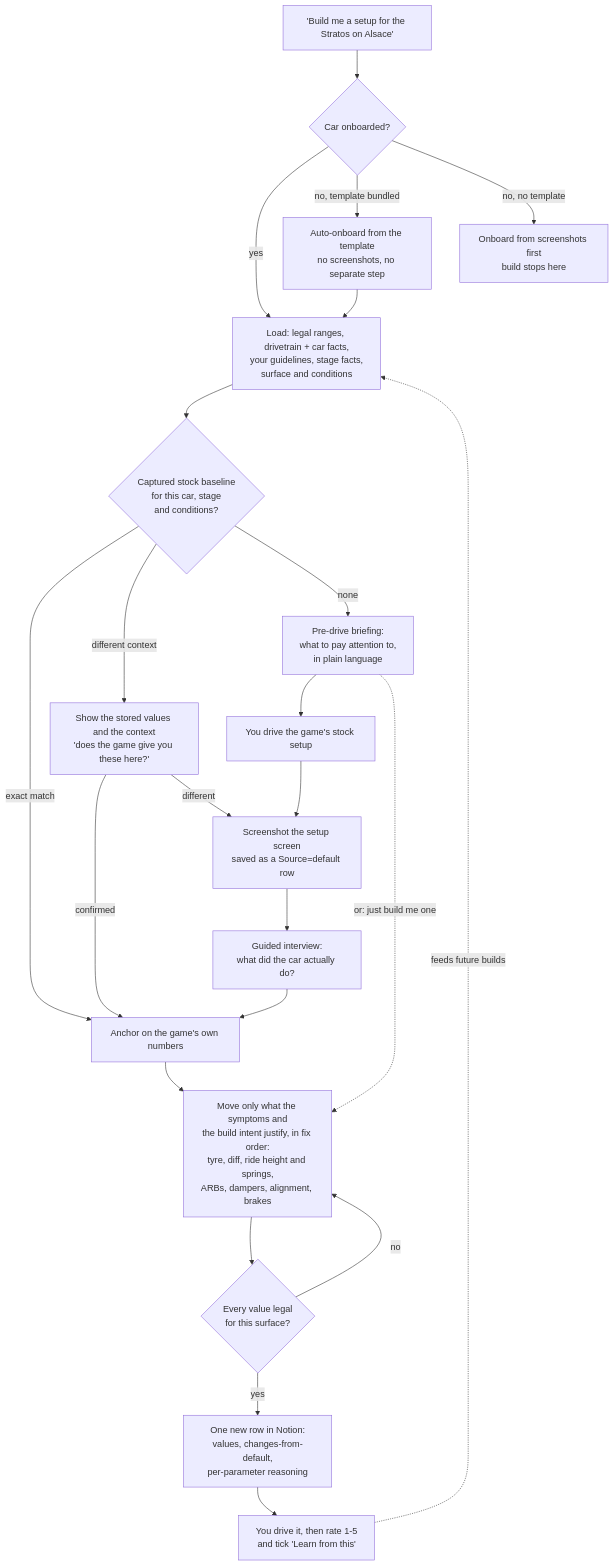
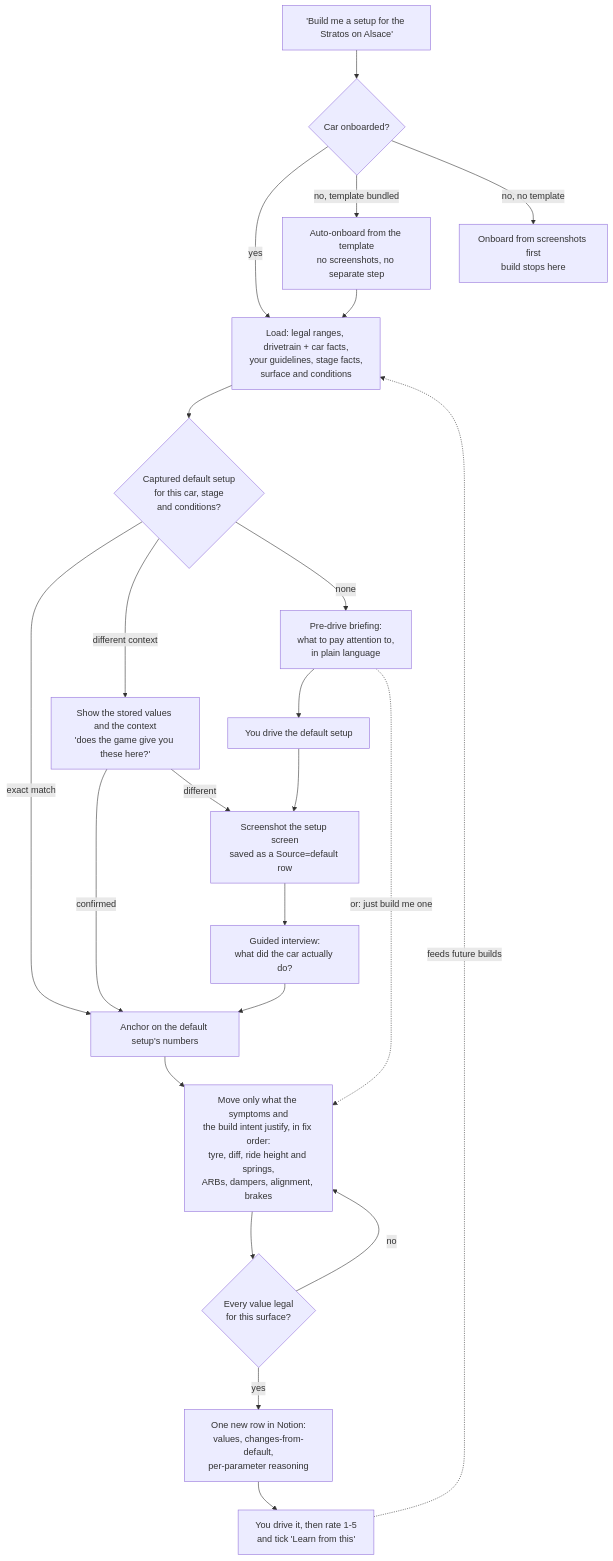
One commit to fredmayor88/acr-setup-engineer changed the second of 6 diagrams in README.md. Above: the diagram before and after it, drawn with Mermaid. The commit also changed other lines of this file and 1 other file, not shown here.

````diff
--- a/README.md
+++ b/README.md
@@ -308,33 +318,33 @@
 ```mermaid
 flowchart TD
     Start["'Build me a setup for the Stratos on Alsace'"] --> Onb{"Car onboarded?"}
 
     Onb -->|"yes"| Ctx
     Onb -->|"no, template bundled"| Auto["Auto-onboard from the template<br/>no screenshots, no separate step"]
     Onb -->|"no, no template"| Stop["Onboard from screenshots first<br/>build stops here"]
     Auto --> Ctx
 
-    Ctx["Load: legal ranges, drivetrain + car facts,<br/>your guidelines, stage facts,<br/>surface and conditions"] --> Base{"Captured stock baseline<br/>for this car, stage<br/>and conditions?"}
+    Ctx["Load: legal ranges, drivetrain + car facts,<br/>your guidelines, stage facts,<br/>surface and conditions"] --> Base{"Captured default setup<br/>for this car, stage<br/>and conditions?"}
 
     Base -->|"exact match"| Anchor
     Base -->|"different context"| Ask["Show the stored values and the context<br/>'does the game give you these here?'"]
     Base -->|"none"| Brief["Pre-drive briefing:<br/>what to pay attention to,<br/>in plain language"]
 
     Ask -->|"confirmed"| Anchor
     Ask -->|"different"| Capture
 
-    Brief --> Drive["You drive the game's stock setup"]
+    Brief --> Drive["You drive the default setup"]
     Drive --> Capture["Screenshot the setup screen<br/>saved as a Source=default row"]
     Capture --> Interview["Guided interview:<br/>what did the car actually do?"]
     Interview --> Anchor
 
     Brief -.->|"or: just build me one"| Choose
 
-    Anchor["Anchor on the game's own numbers"] --> Choose["Move only what the symptoms and<br/>the build intent justify, in fix order:<br/>tyre, diff, ride height and springs,<br/>ARBs, dampers, alignment, brakes"]
+    Anchor["Anchor on the default setup's numbers"] --> Choose["Move only what the symptoms and<br/>the build intent justify, in fix order:<br/>tyre, diff, ride height and springs,<br/>ARBs, dampers, alignment, brakes"]
 
     Choose --> Valid{"Every value legal<br/>for this surface?"}
     Valid -->|"no"| Choose
     Valid -->|"yes"| Write["One new row in Notion:<br/>values, changes-from-default,<br/>per-parameter reasoning"]
     Write --> Rate["You drive it, then rate 1-5<br/>and tick 'Learn from this'"]
     Rate -.->|"feeds future builds"| Ctx
 ```
````
